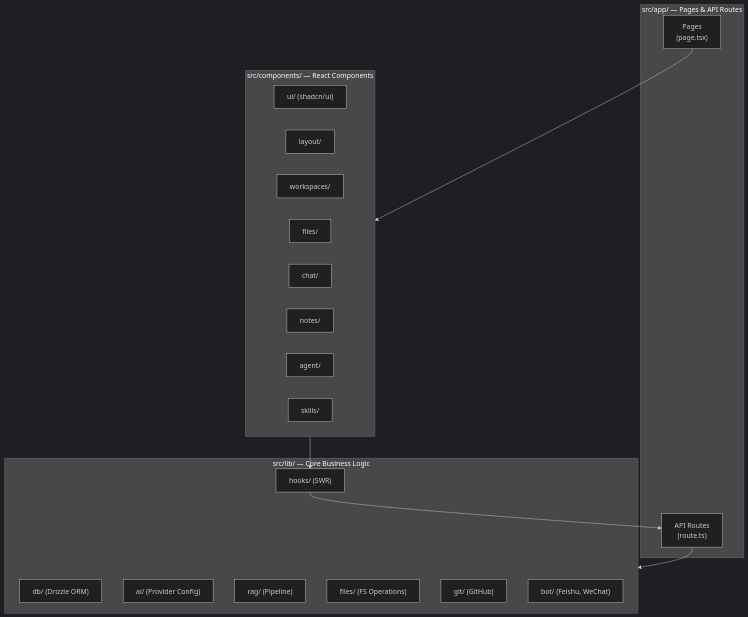
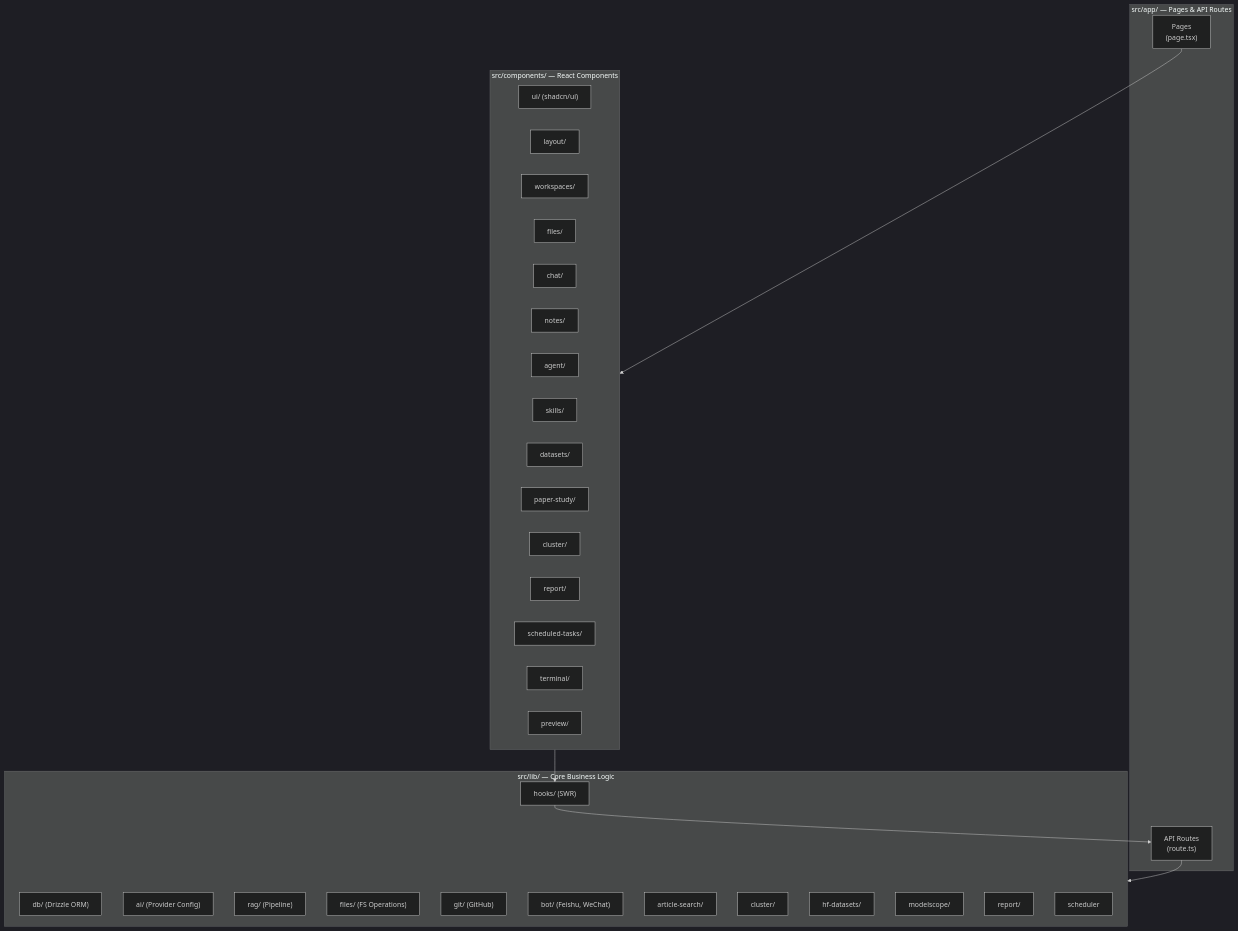
Before and after one commit to zjowowen/InnoClaw: the diagram in docs/development/project-structure.md, drawn with Mermaid (dark theme). The commit also changed other lines of this file and 8 other files, not shown here.

````diff
--- a/docs/development/project-structure.md
+++ b/docs/development/project-structure.md
@@ -7,33 +7,46 @@
 ```{mermaid}
 graph TB
     subgraph App["src/app/ — Pages & API Routes"]
         Pages["Pages<br/>(page.tsx)"]
         APIRoutes["API Routes<br/>(route.ts)"]
     end
 
     subgraph Components["src/components/ — React Components"]
         UI["ui/ (shadcn/ui)"]
         Layout["layout/"]
         Workspace["workspaces/"]
         FileBrowser["files/"]
         Chat["chat/"]
         Notes["notes/"]
         Agent["agent/"]
         Skills["skills/"]
+        Datasets["datasets/"]
+        PaperStudy["paper-study/"]
+        Cluster["cluster/"]
+        Report["report/"]
+        ScheduledTasks["scheduled-tasks/"]
+        Terminal["terminal/"]
+        Preview["preview/"]
     end
 
     subgraph Lib["src/lib/ — Core Business Logic"]
         DB["db/ (Drizzle ORM)"]
         AILib["ai/ (Provider Config)"]
         RAGLib["rag/ (Pipeline)"]
         FilesLib["files/ (FS Operations)"]
         GitLib["git/ (GitHub)"]
         BotLib["bot/ (Feishu, WeChat)"]
+        ArticleSearchLib["article-search/"]
+        ClusterLib["cluster/"]
+        HFDatasetsLib["hf-datasets/"]
+        ModelScopeLib["modelscope/"]
+        ReportLib["report/"]
+        SchedulerLib["scheduler"]
         Hooks["hooks/ (SWR)"]
     end
 
     Pages --> Components
     APIRoutes --> Lib
     Components --> Hooks
     Hooks --> APIRoutes
 ```
````
